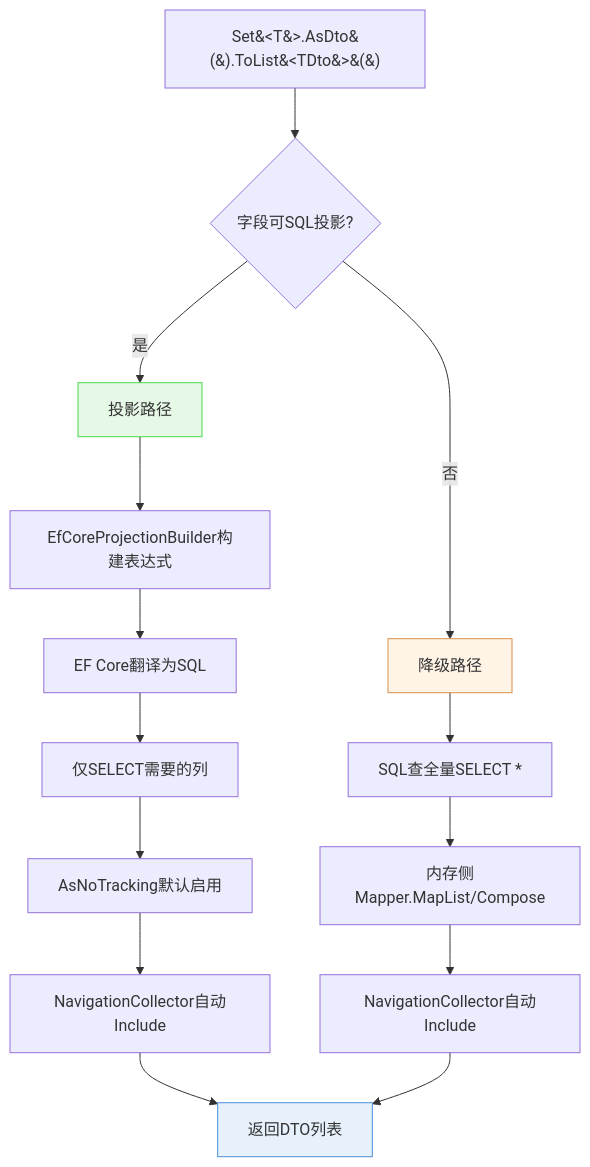
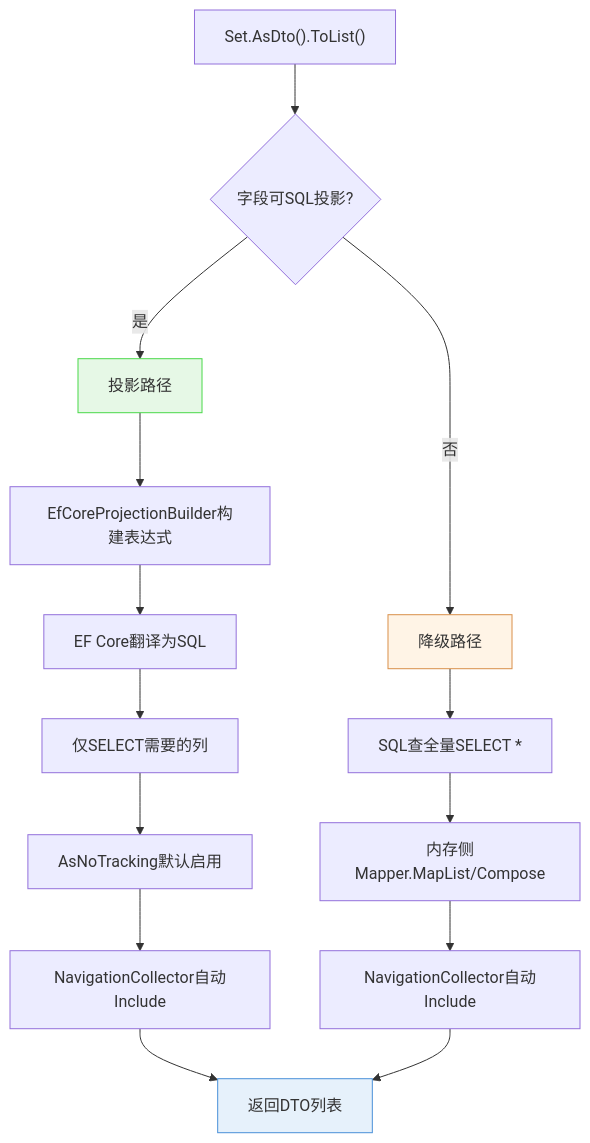
The diagram in docs/zh-CN/how-to/orm/efcore-projection.md (hchxxzx/NCMapper), drawn with Mermaid before and after one commit. The commit also changed 8 other files, not shown here.

First line of the commit message:
fix(wiki): mermaid 标签改用引号包裹，修 4 处图表渲染失败

````diff
--- a/docs/zh-CN/how-to/orm/efcore-projection.md
+++ b/docs/zh-CN/how-to/orm/efcore-projection.md
@@ -104,19 +104,19 @@
 ```mermaid
 flowchart TD
-    Start[Set&#60;T&#62;.AsDto&#40;&#41;.ToList&#60;TDto&#62;&#40;&#41;] --> Detect{字段可SQL投影?}
+    Start["Set<T>.AsDto().ToList<TDto>()"] --> Detect{字段可SQL投影?}
     Detect -->|是| Proj[投影路径]
     Detect -->|否| Degrade[降级路径]
     Proj --> P1[EfCoreProjectionBuilder构建表达式]
     P1 --> P2[EF Core翻译为SQL]
     P2 --> P3[仅SELECT需要的列]
     P3 --> P4[AsNoTracking默认启用]
     P4 --> P5[NavigationCollector自动Include]
     P5 --> Result[返回DTO列表]
     Degrade --> D1[SQL查全量SELECT *]
     D1 --> D2[内存侧Mapper.MapList/Compose]
     D2 --> D3[NavigationCollector自动Include]
     D3 --> Result
     style Proj fill:#E6F8E6,stroke:#4AD94A
     style Degrade fill:#FFF4E6,stroke:#D9904A
     style Result fill:#E6F1FB,stroke:#4A90D9
 ```
````
